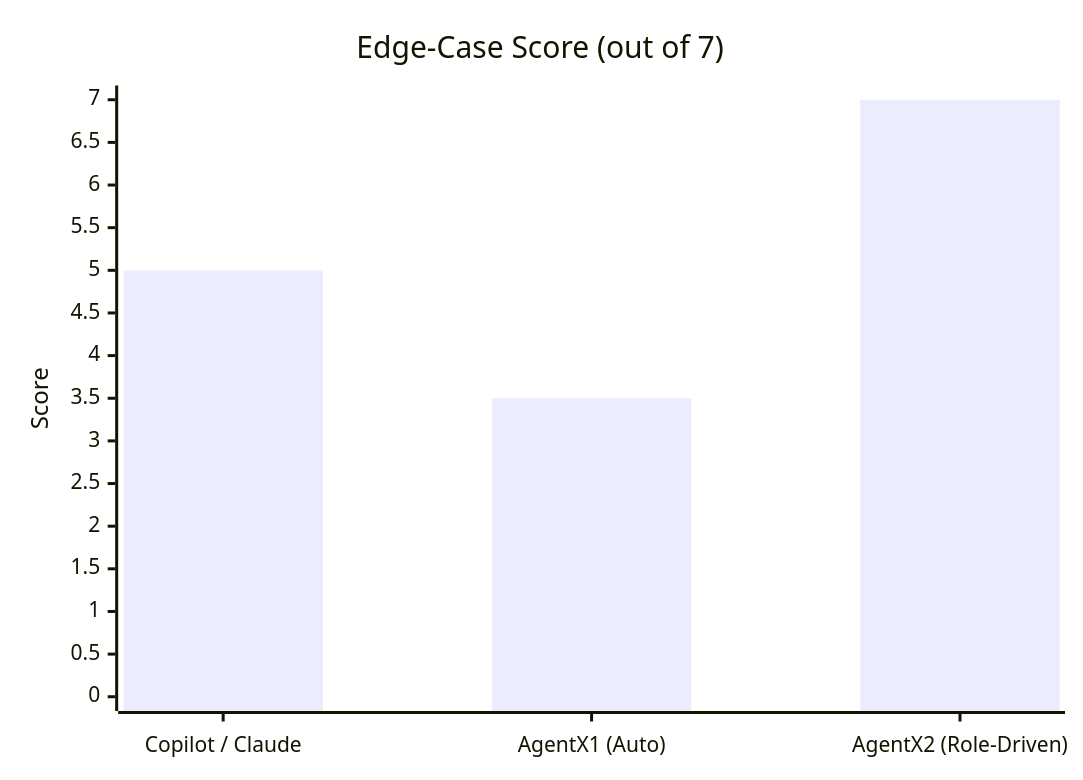
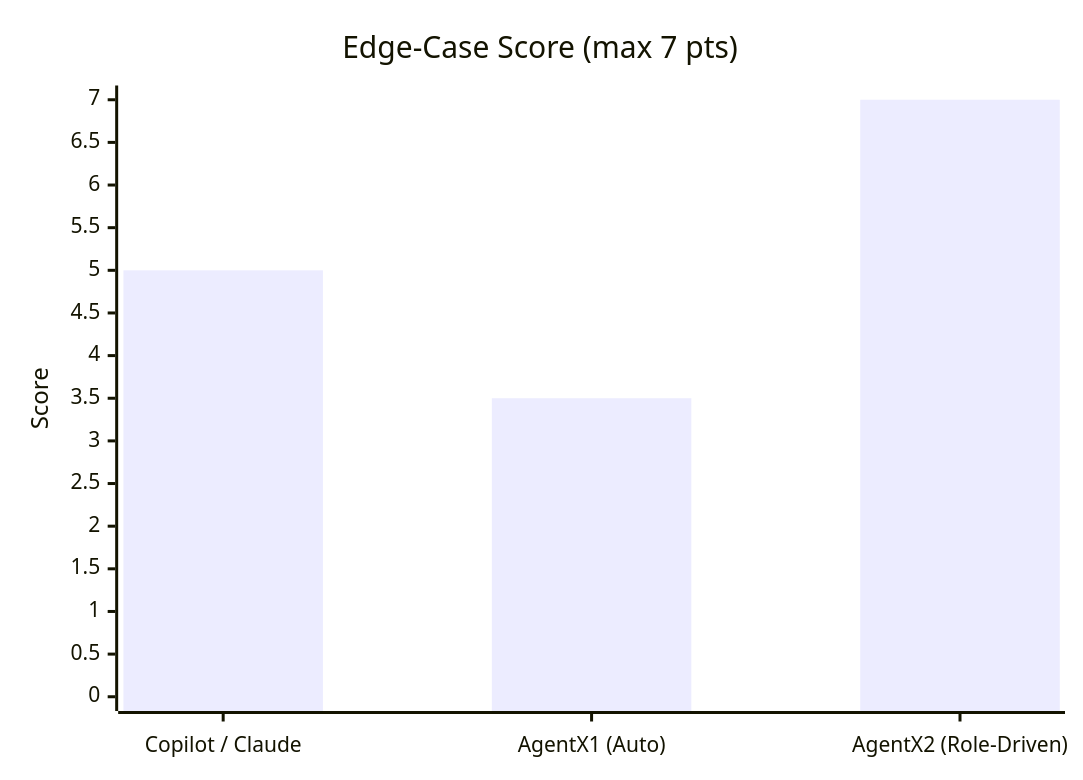
The third of 4 diagrams in README.md (dsmith111/agentx-copilot-comparison), drawn with Mermaid before and after one commit. The commit also changed other lines of this file, not shown here.

First line of the commit message:
address review feedback: clarify chart titles and quadrant axis methodology note

````diff
--- a/README.md
+++ b/README.md
@@ -272,7 +273,7 @@
 ```mermaid
 xychart-beta
-    title "Edge-Case Score (out of 7)"
+    title "Edge-Case Score (max 7 pts)"
     x-axis ["Copilot / Claude", "AgentX1 (Auto)", "AgentX2 (Role-Driven)"]
     y-axis "Score" 0 --> 7
     bar [5, 3.5, 7]
 ```
````
